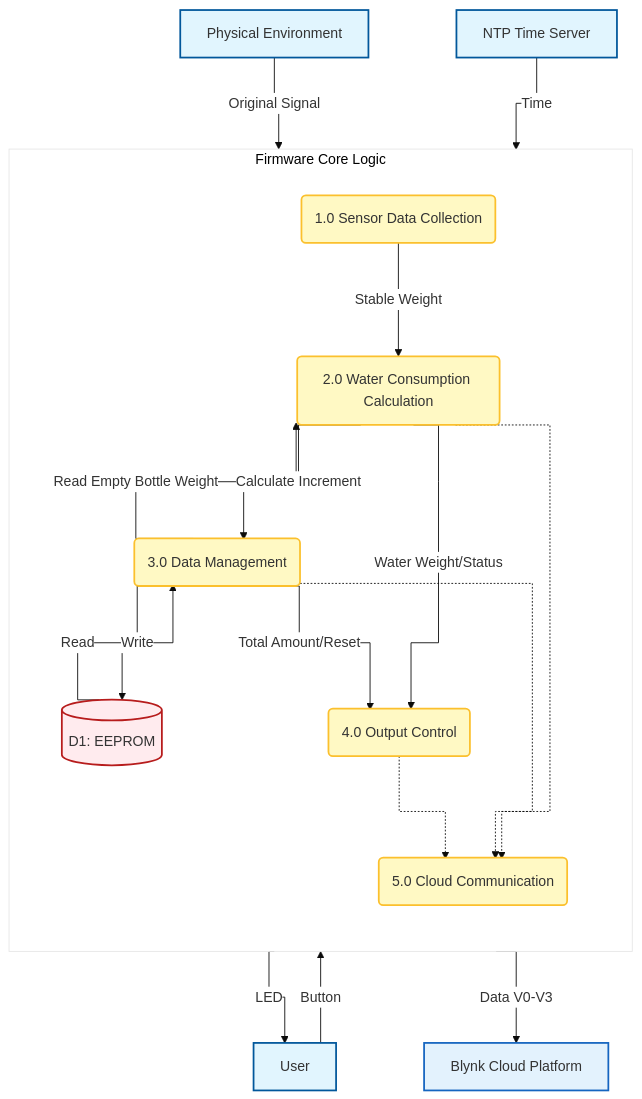
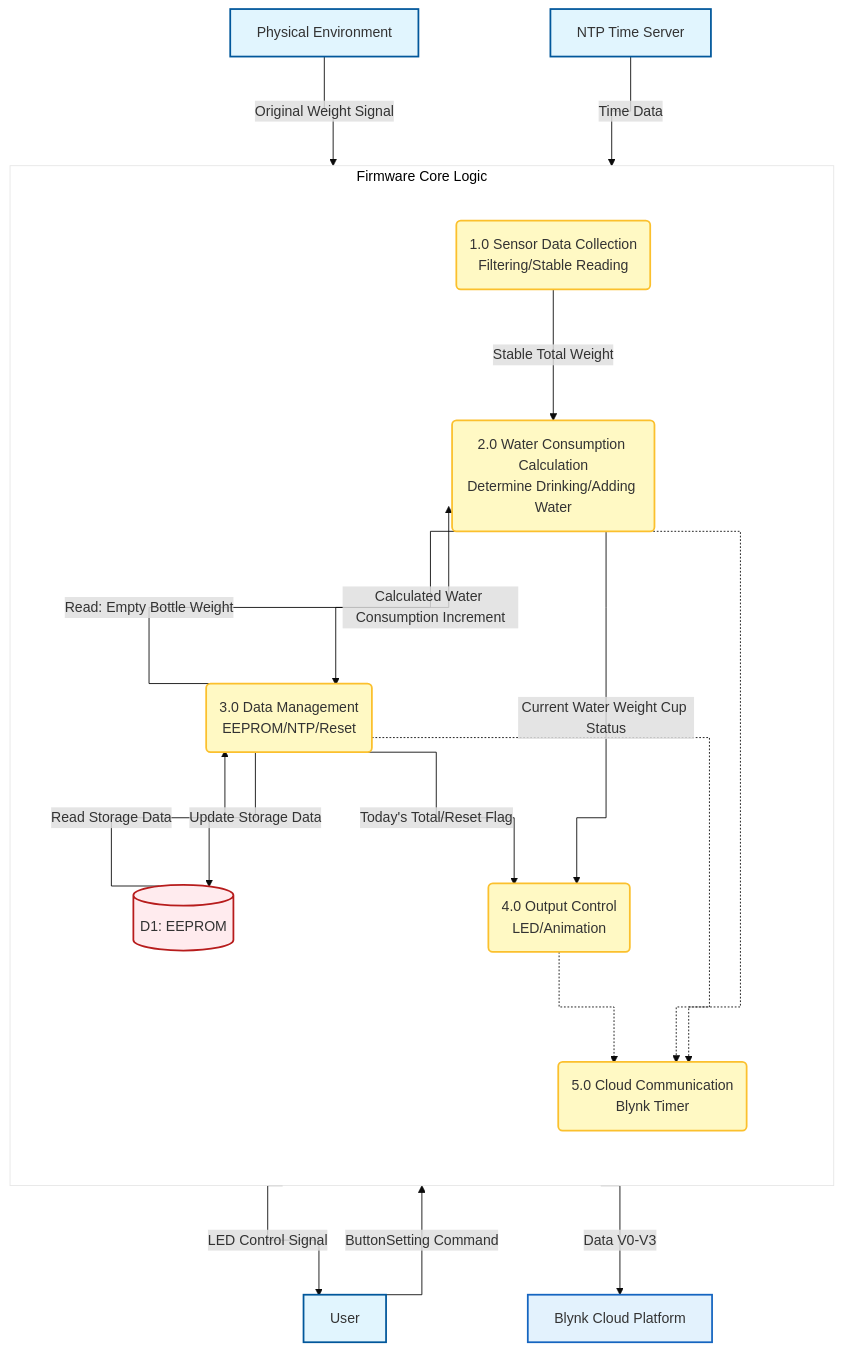
Before and after one commit to hyuuw/iiot: the second of 2 diagrams in README.md, drawn with Mermaid. The commit also changed other lines of this file, not shown here.

````diff
--- a/README.md
+++ b/README.md
@@ -87,65 +87,62 @@
 ```mermaid
 graph TD
-    %% --- 強制排版設定 ---
-    %% curve: stepAfter (直角走線，像電路圖)
-    %% nodeSpacing: 100 (左右拉開距離，避免文字互撞)
-    %% rankSpacing: 80  (上下拉開距離)
+    %% --- 風格設定區 ---
+    %% edgeLabelBackground: #e0e0e0aa (灰底標籤)
+    %% curve: stepAfter (直角線條)
     %%{init: {
       'theme': 'base',
-      'themeVariables': { 'primaryColor': '#fff9c4', 'edgeLabelBackground':'#ffffff', 'tertiaryColor': '#fff'},
-      'flowchart': { 'curve': 'stepAfter', 'nodeSpacing': 100, 'rankSpacing': 80 }
+      'themeVariables': { 
+        'primaryColor': '#fff9c4', 
+        'edgeLabelBackground': '#e0e0e0aa', 
+        'tertiaryColor': '#fff'
+      },
+      'flowchart': { 'curve': 'stepAfter', 'nodeSpacing': 150, 'rankSpacing': 100 }
     }}%%
 
     %% --- 樣式定義 ---
     classDef entity fill:#e1f5fe,stroke:#01579b,stroke-width:2px;
     classDef process fill:#fff9c4,stroke:#fbc02d,stroke-width:2px,rx:5,ry:5;
     classDef store fill:#ffebee,stroke:#b71c1c,stroke-width:2px;
     classDef output fill:#e3f2fd,stroke:#1565c0,stroke-width:2px;
 
-    %% --- 節點定義 (縮短了文字以防擁擠) ---
+    %% --- 節點定義 (已加上雙引號保護特殊字元) ---
     Env[Physical Environment]:::entity
     User[User]:::entity
     NTP[NTP Time Server]:::entity
     
     subgraph Core [Firmware Core Logic]
         direction TB
-        P1(1.0 Sensor Data Collection):::process
-        P3(3.0 Data Management):::process
-        D1[(D1: EEPROM)]:::store
-        P2(2.0 Water Consumption Calculation):::process
-        P4(4.0 Output Control):::process
-        P5(5.0 Cloud Communication):::process
+        P1("1.0 Sensor Data Collection<br/>Filtering/Stable Reading"):::process
+        P3("3.0 Data Management<br/>EEPROM/NTP/Reset"):::process
+        D1[("D1: EEPROM")]:::store
+        P2("2.0 Water Consumption Calculation<br/>Determine Drinking/Adding Water"):::process
+        P4("4.0 Output Control<br/>LED/Animation"):::process
+        P5("5.0 Cloud Communication<br/>Blynk Timer"):::process
     end
 
     Cloud[Blynk Cloud Platform]:::output
 
-    %% --- 連線關係 (使用簡短標籤) ---
-    %% 輸入
-    Env -->|Original Signal| P1
-    User -->|Button| P3
-    NTP -->|Time| P3
+    %% --- 連線關係 (使用 -- "文字" --> 語法以避免括號報錯) ---
+    Env -- "Original Weight Signal" --> P1
+    User -- "ButtonSetting Command" --> P3
+    NTP -- "Time Data" --> P3
 
-    %% 內部處理
-    P1 -->|Stable Weight| P2
+    P1 -- "Stable Total Weight" --> P2
     
-    %% EEPROM 存取 (強制直角可能會重疊，稍微調整順序)
-    P3 -->|Write| D1
-    D1 -->|Read| P3
+    P3 -- "Update Storage Data" --> D1
+    D1 -- "Read Storage Data" --> P3
 
-    %% 核心迴圈
-    P3 -->|Read Empty Bottle Weight| P2
-    P2 -->|Calculate Increment| P3
+    P3 -- "Read: Empty Bottle Weight" --> P2
+    P2 -- "Calculated Water Consumption Increment" --> P3
 
-    %% 輸出控制
-    P2 -->|Water Weight/Status| P4
-    P3 -->|Total Amount/Reset| P4
+    P2 -- "Current Water Weight Cup Status" --> P4
+    P3 -- "Today's Total/Reset Flag" --> P4
     
-    %% 回饋
-    P4 -->|LED| User
+    P4 -- "LED Control Signal" --> User
 
-    %% 上傳
     P2 -.-> P5
     P3 -.-> P5
     P4 -.-> P5
-    P5 -->|Data V0-V3| Cloud
+    
+    P5 -- "Data V0-V3" --> Cloud
 ```
````
